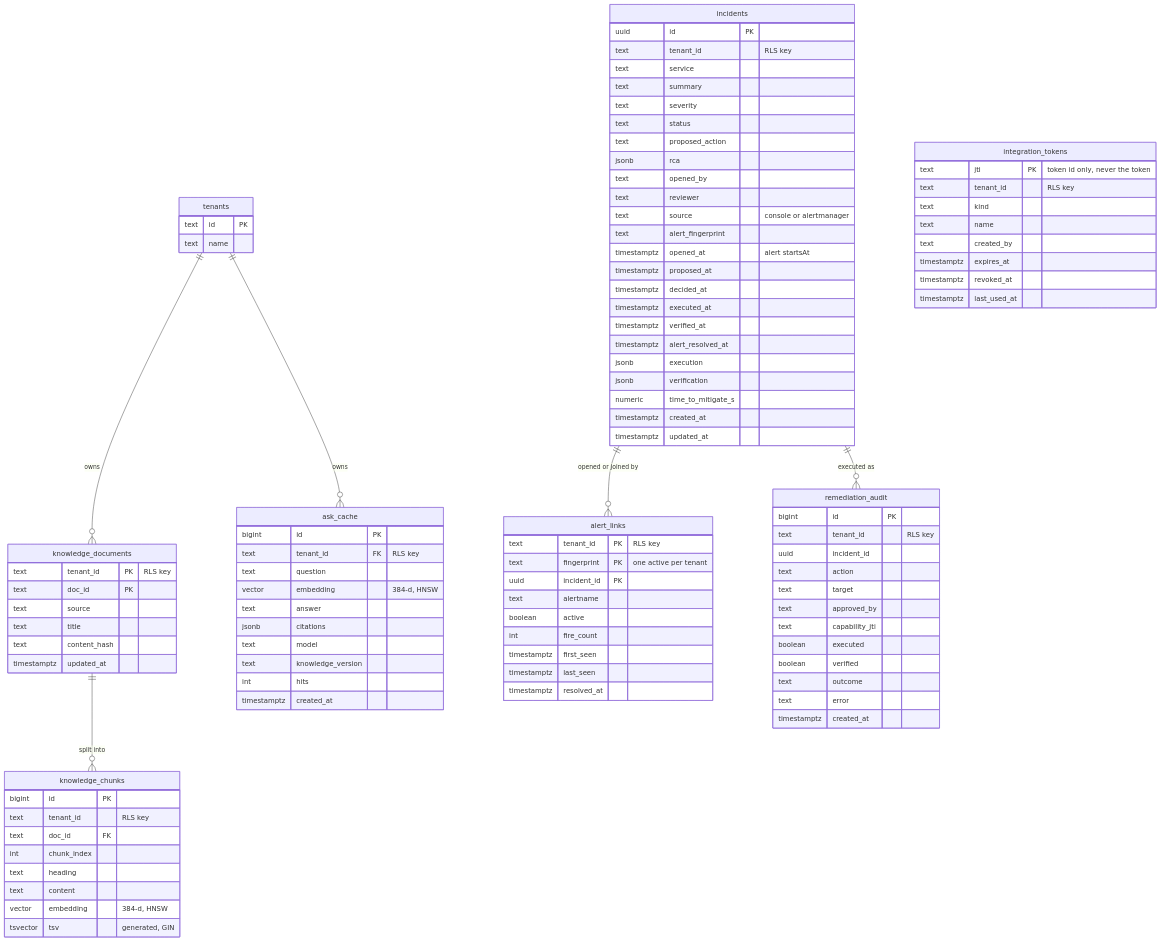
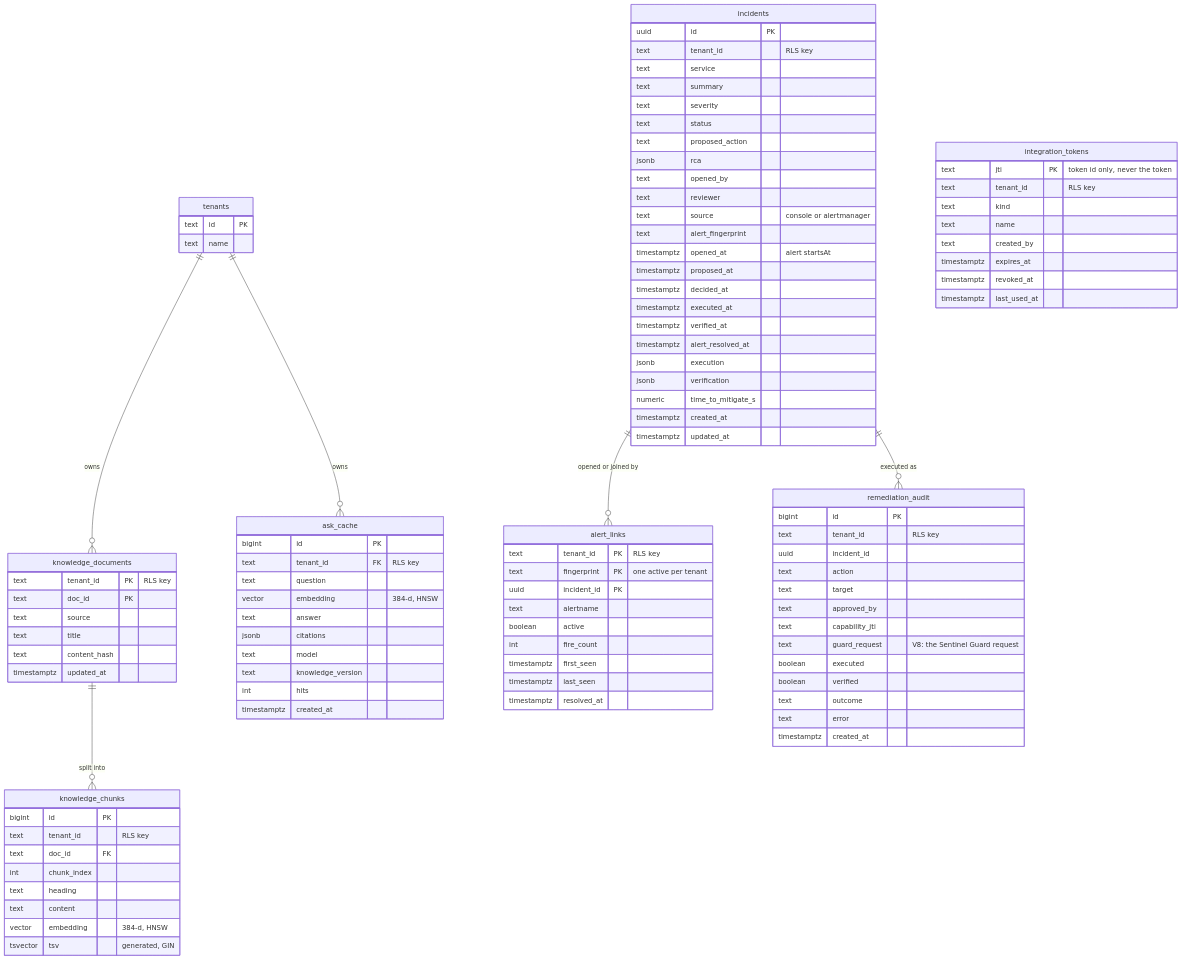
The diagram in docs/handbook/diagrams/08-er.mmd (abdulmdev/sentinel-incident-copilot), drawn with Mermaid before and after one commit. The commit also changed 173 other files, not shown here.

First line of the commit message:
The copilot on Sentinel Guard: one approval and capability path

```diff
--- a/docs/handbook/diagrams/08-er.mmd
+++ b/docs/handbook/diagrams/08-er.mmd
@@ -1,100 +1,101 @@
 erDiagram
   tenants ||--o{ knowledge_documents : owns
   tenants ||--o{ ask_cache : owns
   knowledge_documents ||--o{ knowledge_chunks : "split into"
   incidents ||--o{ alert_links : "opened or joined by"
   incidents ||--o{ remediation_audit : "executed as"
   integration_tokens {
     text jti PK "token id only, never the token"
     text tenant_id "RLS key"
     text kind
     text name
     text created_by
     timestamptz expires_at
     timestamptz revoked_at
     timestamptz last_used_at
   }
   tenants {
     text id PK
     text name
   }
   incidents {
     uuid id PK
     text tenant_id "RLS key"
     text service
     text summary
     text severity
     text status
     text proposed_action
     jsonb rca
     text opened_by
     text reviewer
     text source "console or alertmanager"
     text alert_fingerprint
     timestamptz opened_at "alert startsAt"
     timestamptz proposed_at
     timestamptz decided_at
     timestamptz executed_at
     timestamptz verified_at
     timestamptz alert_resolved_at
     jsonb execution
     jsonb verification
     numeric time_to_mitigate_s
     timestamptz created_at
     timestamptz updated_at
   }
   alert_links {
     text tenant_id PK "RLS key"
     text fingerprint PK "one active per tenant"
     uuid incident_id PK
     text alertname
     boolean active
     int fire_count
     timestamptz first_seen
     timestamptz last_seen
     timestamptz resolved_at
   }
   remediation_audit {
     bigint id PK
     text tenant_id "RLS key"
     uuid incident_id
     text action
     text target
     text approved_by
     text capability_jti
+    text guard_request "V8: the Sentinel Guard request"
     boolean executed
     boolean verified
     text outcome
     text error
     timestamptz created_at
   }
   knowledge_documents {
     text tenant_id PK "RLS key"
     text doc_id PK
     text source
     text title
     text content_hash
     timestamptz updated_at
   }
   knowledge_chunks {
     bigint id PK
     text tenant_id "RLS key"
     text doc_id FK
     int chunk_index
     text heading
     text content
     vector embedding "384-d, HNSW"
     tsvector tsv "generated, GIN"
   }
   ask_cache {
     bigint id PK
     text tenant_id FK "RLS key"
     text question
     vector embedding "384-d, HNSW"
     text answer
     jsonb citations
     text model
     text knowledge_version
     int hits
     timestamptz created_at
   }
```
